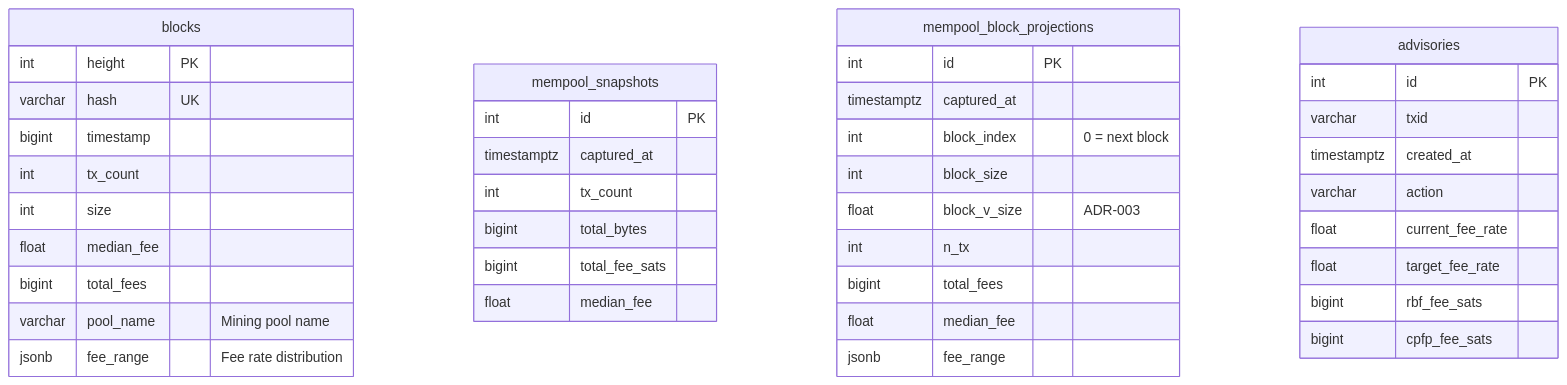
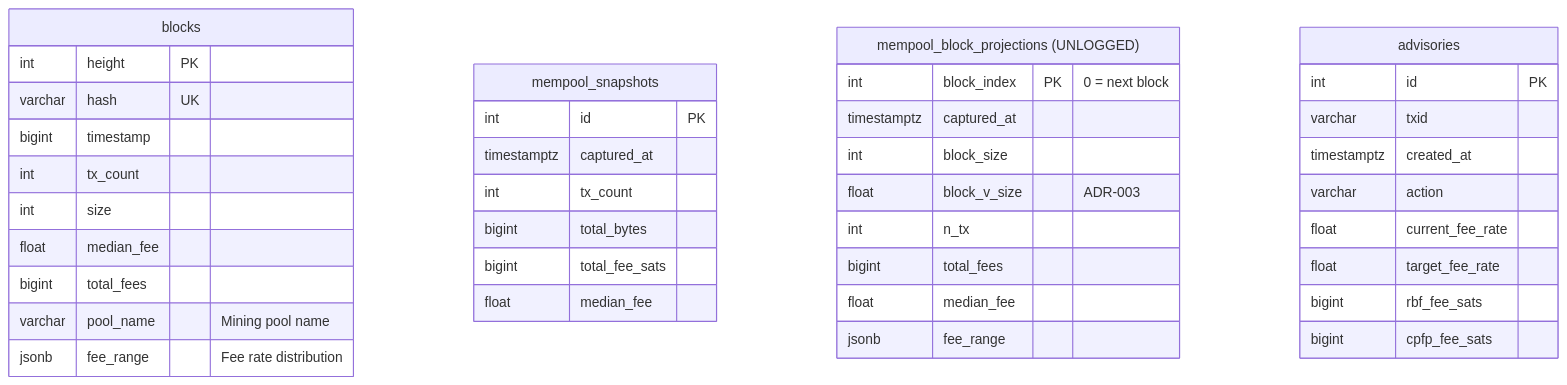
Before and after one commit to ieshatchuell/mempool-orchestrator: the seventh of 9 diagrams in docs/architecture.md, drawn with Mermaid. The commit also changed other lines of this file and 20 other files, not shown here.

````diff
--- a/docs/architecture.md
+++ b/docs/architecture.md
@@ -186,46 +206,45 @@
 ```mermaid
 erDiagram
     blocks {
         int height PK
         varchar hash UK
         bigint timestamp
         int tx_count
         int size
         float median_fee
         bigint total_fees
         varchar pool_name "Mining pool name"
         jsonb fee_range "Fee rate distribution"
     }
 
     mempool_snapshots {
         int id PK
         timestamptz captured_at
         int tx_count
         bigint total_bytes
         bigint total_fee_sats
         float median_fee
     }
 
-    mempool_block_projections {
-        int id PK
+    mempool_block_projections["mempool_block_projections (UNLOGGED)"] {
+        int block_index PK "0 = next block"
         timestamptz captured_at
-        int block_index "0 = next block"
         int block_size
         float block_v_size "ADR-003"
         int n_tx
         bigint total_fees
         float median_fee
         jsonb fee_range
     }
 
     advisories {
         int id PK
         varchar txid
         timestamptz created_at
         varchar action
         float current_fee_rate
         float target_fee_rate
         bigint rbf_fee_sats
         bigint cpfp_fee_sats
     }
 ```
````
